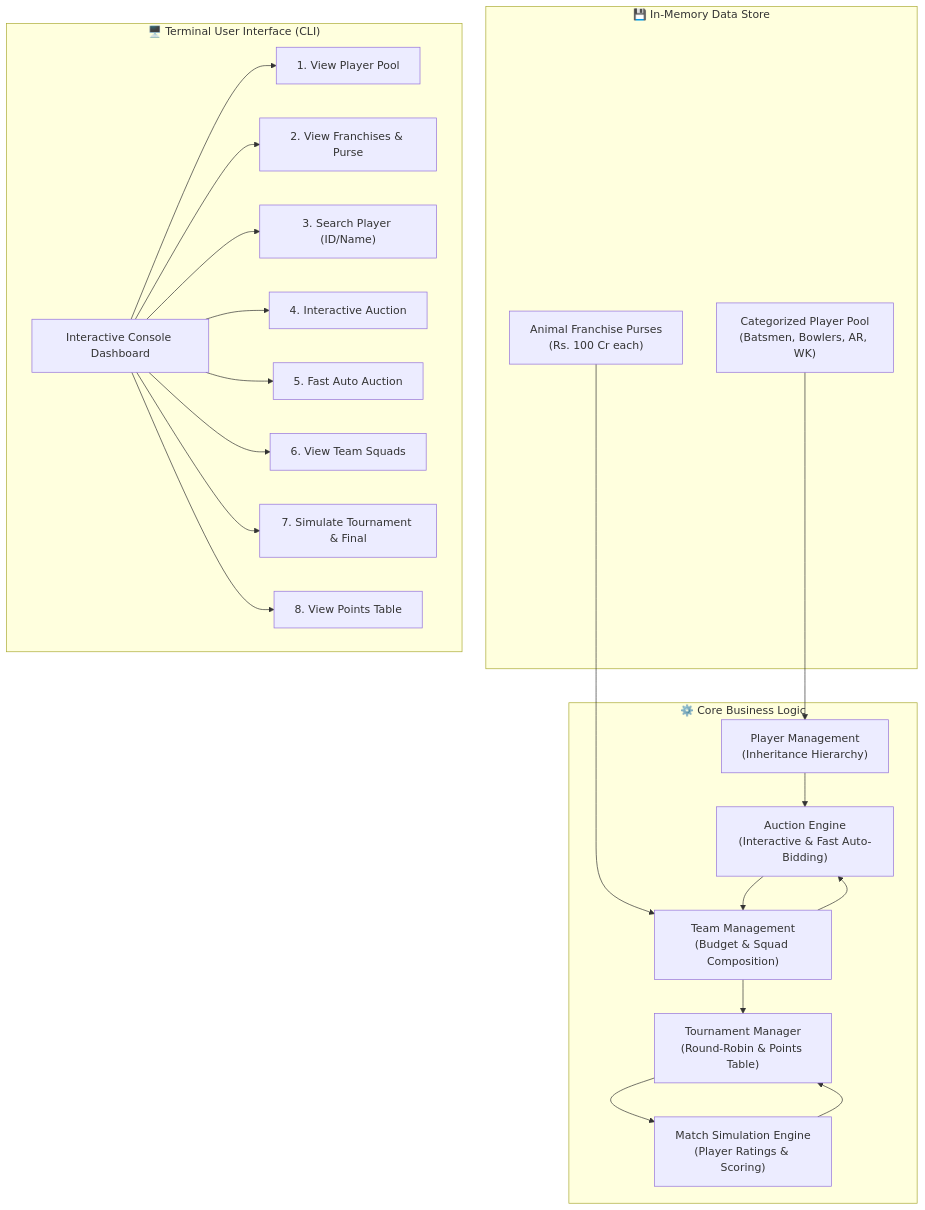
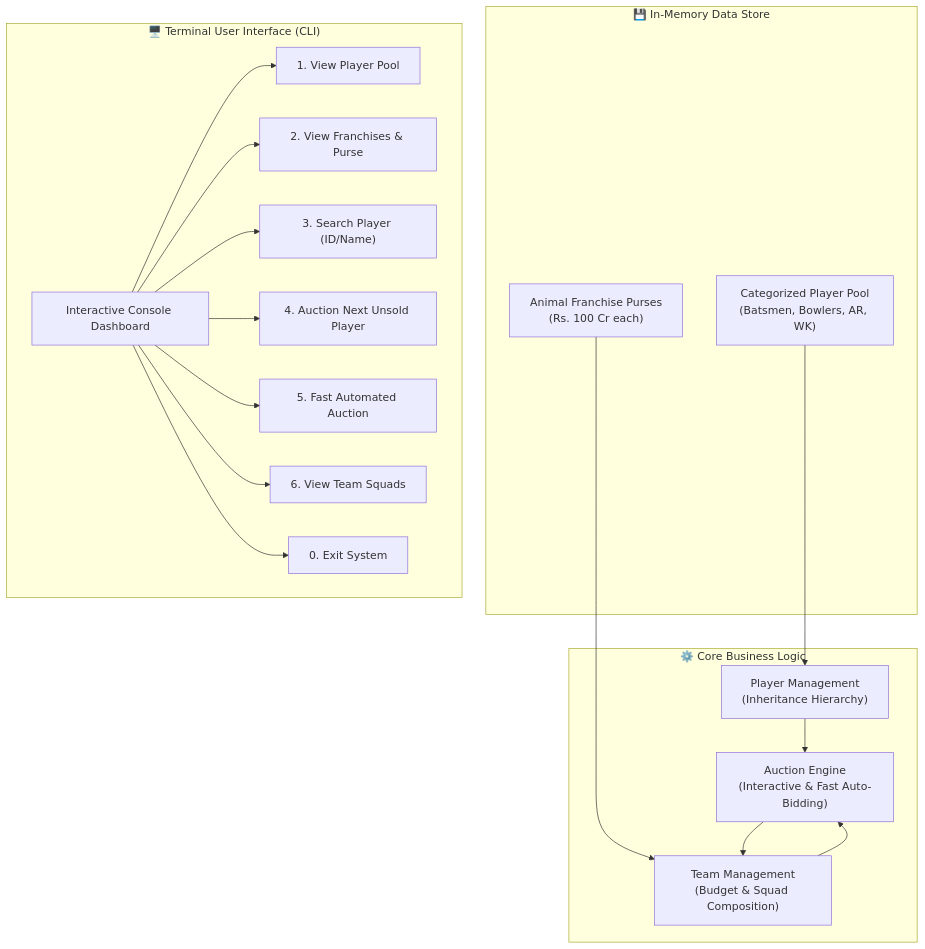
One commit to sumitmule86-netizen/IOOP-project changed the first of 3 diagrams in README.md. Above: the diagram before and after it, drawn with Mermaid. The commit also changed other lines of this file and 2 other files, not shown here.

Commit message:
Refactor to pure Player Auction Management System: remove tournament module and streamline code

````diff
--- a/README.md
+++ b/README.md
@@ -64,45 +52,38 @@
 ```mermaid
 flowchart TD
     subgraph Data_Layer ["💾 In-Memory Data Store"]
-        F1["Categorized Player Pool<br>(Batsmen, Bowlers, AR, WK)"]
-        F2["Animal Franchise Purses<br>(Rs. 100 Cr each)"]
+        P1["Categorized Player Pool<br>(Batsmen, Bowlers, AR, WK)"]
+        T1["Animal Franchise Purses<br>(Rs. 100 Cr each)"]
     end
 
     subgraph Core_Engine ["⚙️ Core Business Logic"]
         PM["Player Management<br>(Inheritance Hierarchy)"]
         TM["Team Management<br>(Budget & Squad Composition)"]
         AE["Auction Engine<br>(Interactive & Fast Auto-Bidding)"]
-        ME["Match Simulation Engine<br>(Player Ratings & Scoring)"]
-        TE["Tournament Manager<br>(Round-Robin & Points Table)"]
     end
 
     subgraph Presentation_Layer ["🖥️ Terminal User Interface (CLI)"]
         UI["Interactive Console Dashboard"]
         Menu1["1. View Player Pool"]
         Menu2["2. View Franchises & Purse"]
         Menu3["3. Search Player (ID/Name)"]
-        Menu4["4. Interactive Auction"]
-        Menu5["5. Fast Auto Auction"]
+        Menu4["4. Auction Next Unsold Player"]
+        Menu5["5. Fast Automated Auction"]
         Menu6["6. View Team Squads"]
-        Menu7["7. Simulate Tournament & Final"]
-        Menu8["8. View Points Table"]
+        Menu0["0. Exit System"]
     end
 
-    F1 --> PM
-    F2 --> TM
+    P1 --> PM
+    T1 --> TM
     PM --> AE
     TM --> AE
     AE --> TM
-    TM --> TE
-    TE --> ME
-    ME --> TE
 
     UI --> Menu1
     UI --> Menu2
     UI --> Menu3
     UI --> Menu4
     UI --> Menu5
     UI --> Menu6
-    UI --> Menu7
-    UI --> Menu8
+    UI --> Menu0
 ```
````
